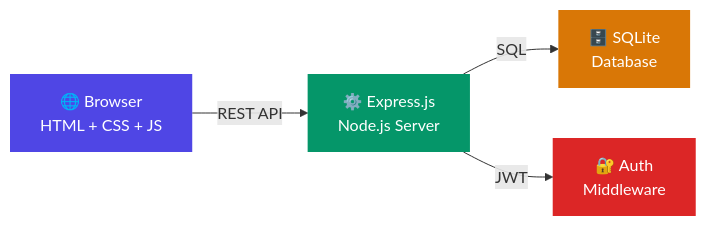
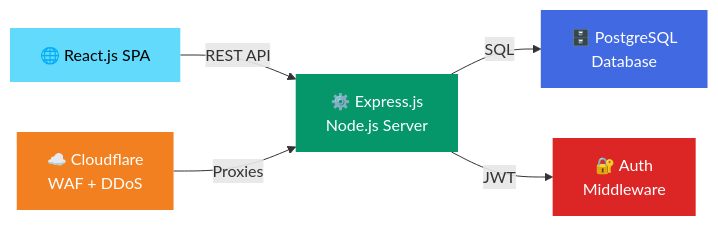
Before and after one commit to algorithnicmind/Bookflow-management: the diagram in README.md, drawn with Mermaid. The commit also changed other lines of this file and 3 other files, not shown here.

````diff
--- a/README.md
+++ b/README.md
@@ -95,11 +96,13 @@
 ```mermaid
 graph LR
-    A["🌐 Browser<br/>HTML + CSS + JS"] -->|REST API| B["⚙️ Express.js<br/>Node.js Server"]
-    B -->|SQL| C["🗄️ SQLite<br/>Database"]
+    A["🌐 React.js SPA"] -->|REST API| B["⚙️ Express.js<br/>Node.js Server"]
+    B -->|SQL| C["🗄️ PostgreSQL<br/>Database"]
     B -->|JWT| D["🔐 Auth<br/>Middleware"]
+    E["☁️ Cloudflare<br/>WAF + DDoS"] -->|Proxies| B
 
-    style A fill:#4F46E5,color:#fff,stroke:none
+    style A fill:#61DAFB,color:#000,stroke:none
     style B fill:#059669,color:#fff,stroke:none
-    style C fill:#D97706,color:#fff,stroke:none
+    style C fill:#4169E1,color:#fff,stroke:none
     style D fill:#DC2626,color:#fff,stroke:none
+    style E fill:#F38020,color:#fff,stroke:none
 ```
````
